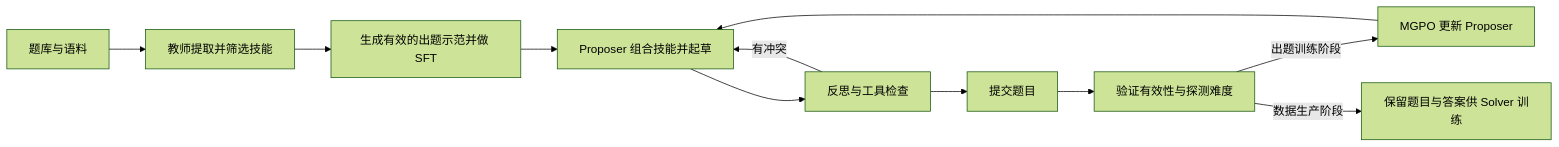
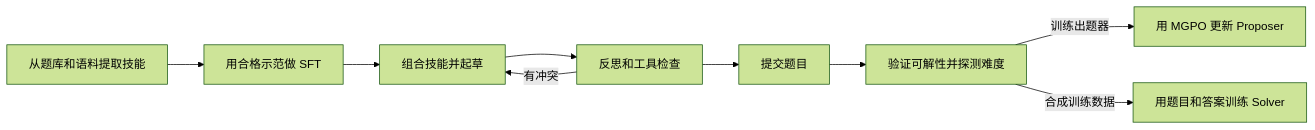
The diagram in agent经验/Benchmark生成与经验评测/Agentic Proposing.md (fan-tian-xing/Ontology), drawn with Mermaid (forest theme) before and after one commit. The commit also changed other lines of this file and 3 other files, not shown here.

````diff
--- a/agent经验/Benchmark生成与经验评测/Agentic Proposing.md
+++ b/agent经验/Benchmark生成与经验评测/Agentic Proposing.md
@@ -19,13 +23,11 @@
 ```mermaid
 flowchart LR
-    A[题库与语料] --> B[教师提取并筛选技能]
-    B --> C[生成有效的出题示范并做 SFT]
-    C --> D[Proposer 组合技能并起草]
-    D --> E[反思与工具检查]
-    E -->|有冲突| D
-    E --> F[提交题目]
-    F --> G[验证有效性与探测难度]
-    G -->|出题训练阶段| H[MGPO 更新 Proposer]
-    H --> D
-    G -->|数据生产阶段| I[保留题目与答案供 Solver 训练]
+    A[从题库和语料提取技能] --> B[用合格示范做 SFT]
+    B --> C[组合技能并起草]
+    C --> D[反思和工具检查]
+    D -->|有冲突| C
+    D --> E[提交题目]
+    E --> F[验证可解性并探测难度]
+    F -->|训练出题器| G[用 MGPO 更新 Proposer]
+    F -->|合成训练数据| H[用题目和答案训练 Solver]
 ```
````
